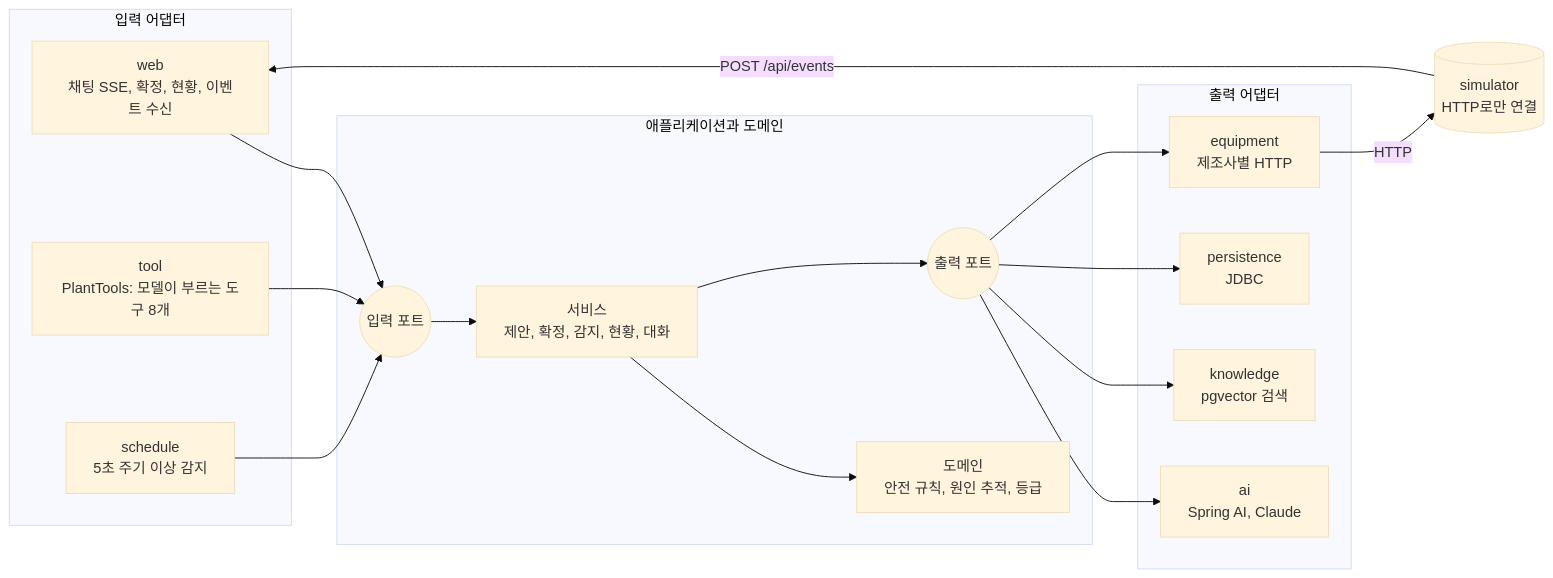
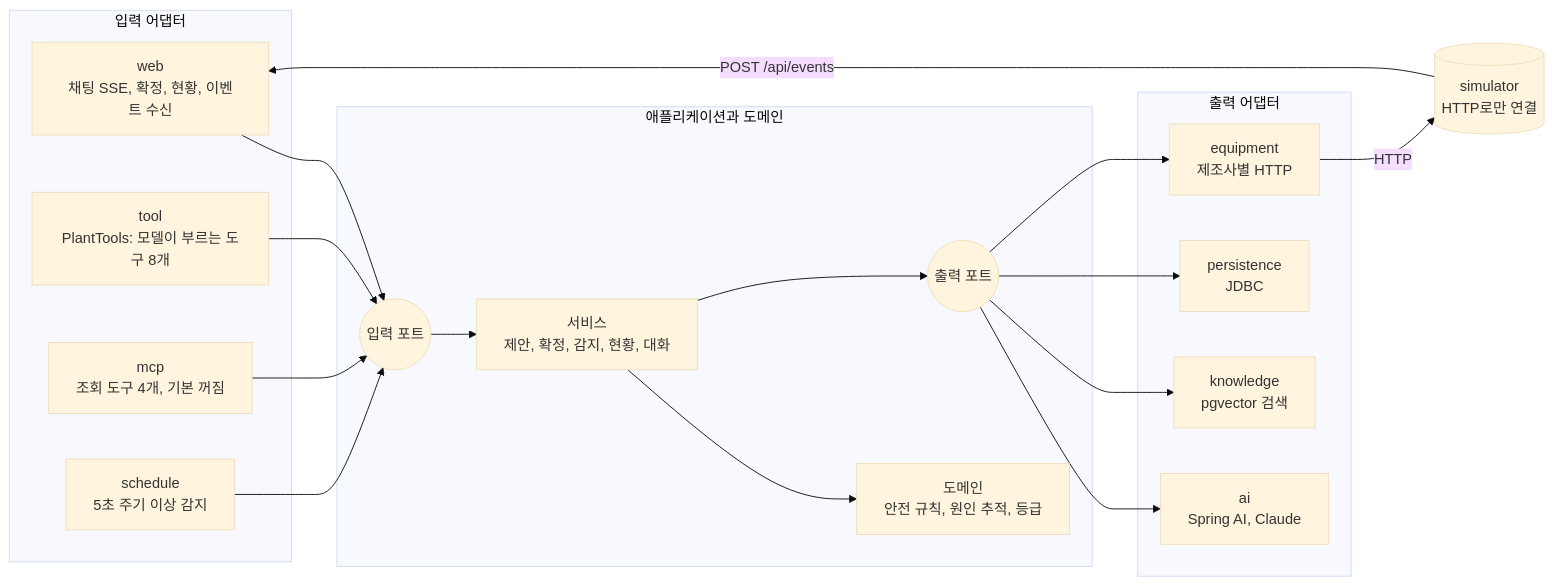
One commit to toyunity/ai-logistics-control-tower changed the first of 3 diagrams in docs/architecture.md. Above: the diagram before and after it, drawn with Mermaid (base theme). The commit also changed other lines of this file and 7 other files, not shown here.

````diff
--- a/docs/architecture.md
+++ b/docs/architecture.md
@@ -7,33 +7,35 @@
 ```mermaid
 flowchart LR
     subgraph IN[입력 어댑터]
         WEB[web<br/>채팅 SSE, 확정, 현황, 이벤트 수신]
         TOOL[tool<br/>PlantTools: 모델이 부르는 도구 8개]
+        MCP[mcp<br/>조회 도구 4개, 기본 꺼짐]
         SCH[schedule<br/>5초 주기 이상 감지]
     end
     subgraph CORE[애플리케이션과 도메인]
         PIN((입력 포트))
         SVC[서비스<br/>제안, 확정, 감지, 현황, 대화]
         DOM[도메인<br/>안전 규칙, 원인 추적, 등급]
         POUT((출력 포트))
     end
     subgraph OUT[출력 어댑터]
         AI[ai<br/>Spring AI, Claude]
         KN[knowledge<br/>pgvector 검색]
         PER[persistence<br/>JDBC]
         EQ[equipment<br/>제조사별 HTTP]
     end
     SIM[(simulator<br/>HTTP로만 연결)]
 
     WEB --> PIN
     TOOL --> PIN
+    MCP --> PIN
     SCH --> PIN
     PIN --> SVC --> DOM
     SVC --> POUT
     POUT --> AI
     POUT --> KN
     POUT --> PER
     POUT --> EQ
     EQ -- HTTP --> SIM
     SIM -- POST /api/events --> WEB
 ```
````
